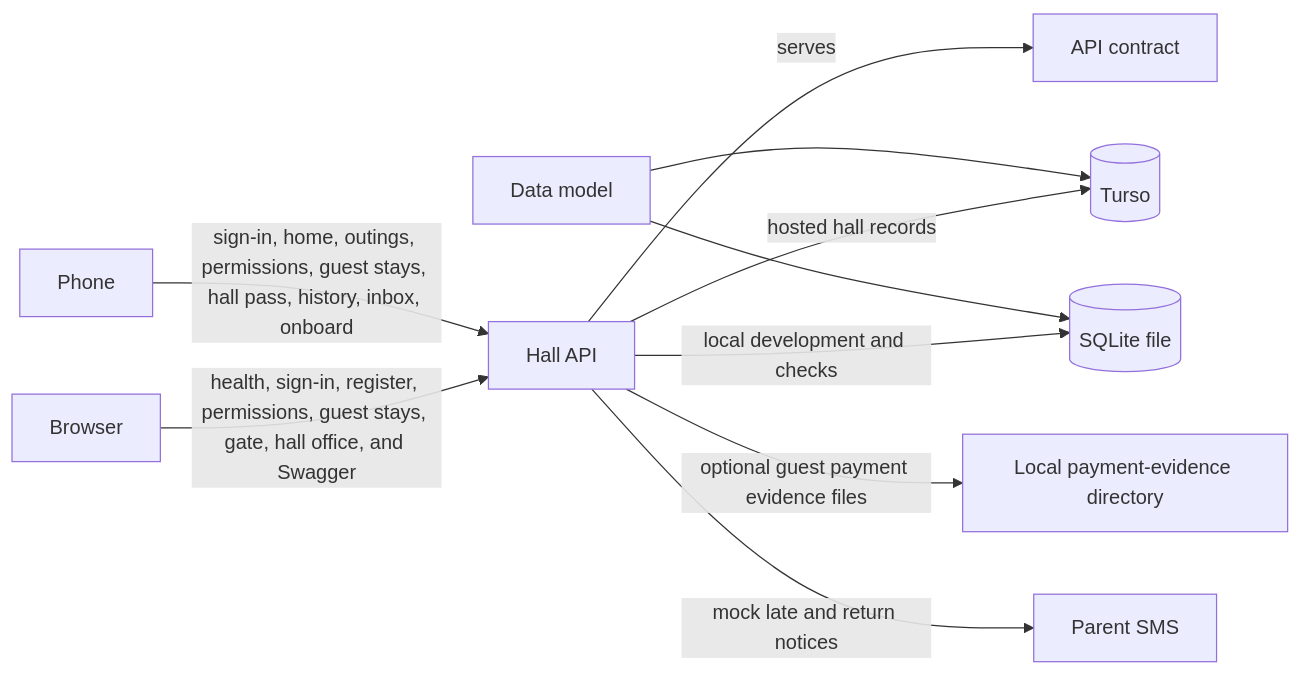
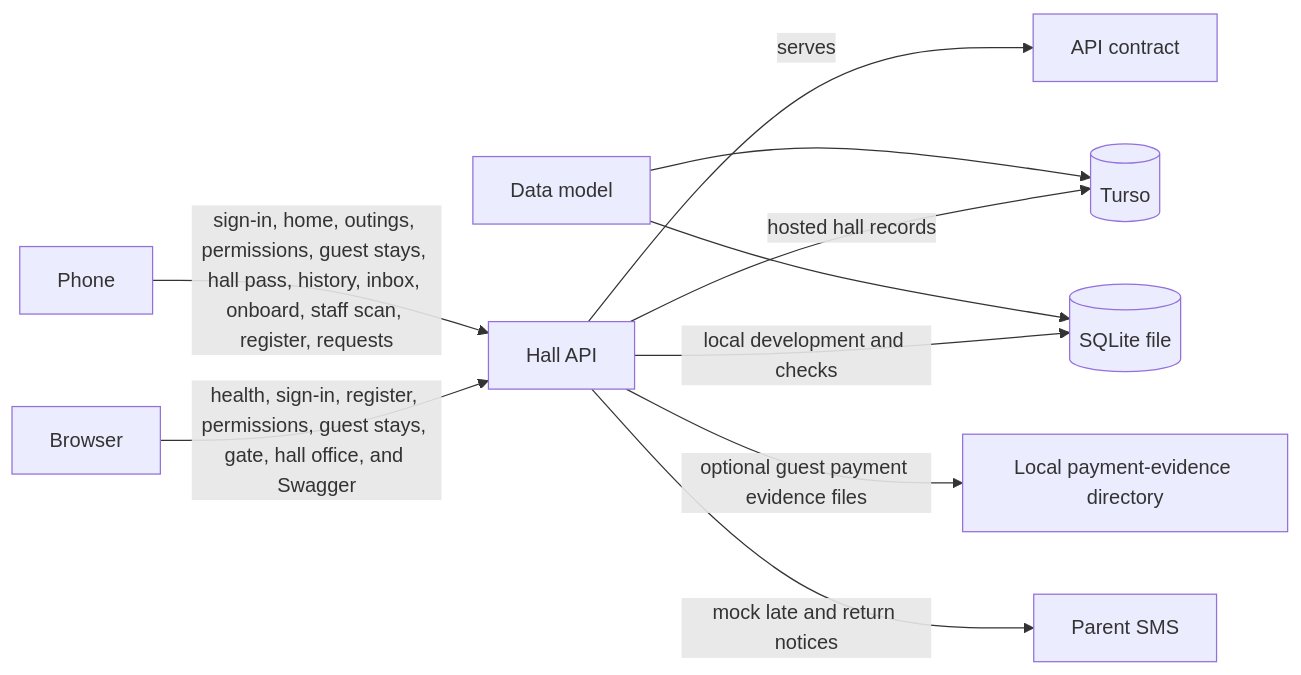
Before and after one commit to AbuIqbal123/BSJ-Hostel-Management: the diagram in docs/architecture/system-architecture.md, drawn with Mermaid. The commit also changed other lines of this file and 3 other files, not shown here.

Commit message:
Say the phone app serves staff too; drop the signed-in screen from the docs.

````diff
--- a/docs/architecture/system-architecture.md
+++ b/docs/architecture/system-architecture.md
@@ -7,12 +7,12 @@
 ```mermaid
 flowchart LR
-  phone["Phone"] -->|"sign-in, home, outings, permissions, guest stays, hall pass, history, inbox, onboard"| api["Hall API"]
+  phone["Phone"] -->|"sign-in, home, outings, permissions, guest stays, hall pass, history, inbox, onboard, staff scan, register, requests"| api["Hall API"]
   browser["Browser"] -->|"health, sign-in, register, permissions, guest stays, gate, hall office, and Swagger"| api
   api -->|"serves"| contract["API contract"]
   model["Data model"] --> turso[("Turso")]
   model --> filedb[("SQLite file")]
   api -->|"hosted hall records"| turso
   api -->|"local development and checks"| filedb
   api -->|"optional guest payment evidence files"| evidence["Local payment-evidence directory"]
   api -->|"mock late and return notices"| sms["Parent SMS"]
 ```
````
